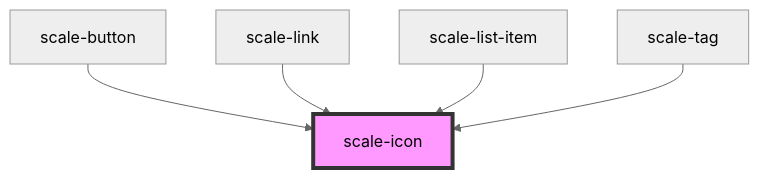
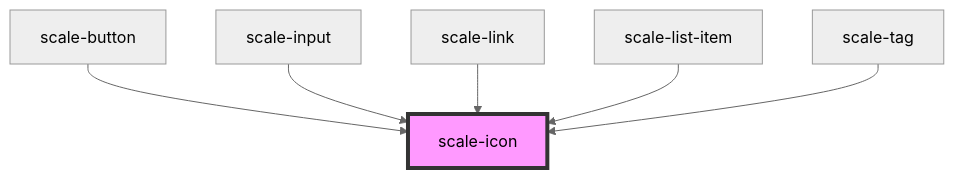
The diagram in packages/components/src/components/icon/readme.md (telekom/scale), drawn with Mermaid (neutral theme) before and after one commit. The commit also changed other lines of this file and 10 other files, not shown here.

````diff
--- a/packages/components/src/components/icon/readme.md
+++ b/packages/components/src/components/icon/readme.md
@@ -56,8 +57,9 @@
 ```mermaid
 graph TD;
   scale-button --> scale-icon
+  scale-input --> scale-icon
   scale-link --> scale-icon
   scale-list-item --> scale-icon
   scale-tag --> scale-icon
   style scale-icon fill:#f9f,stroke:#333,stroke-width:4px
 ```
````
